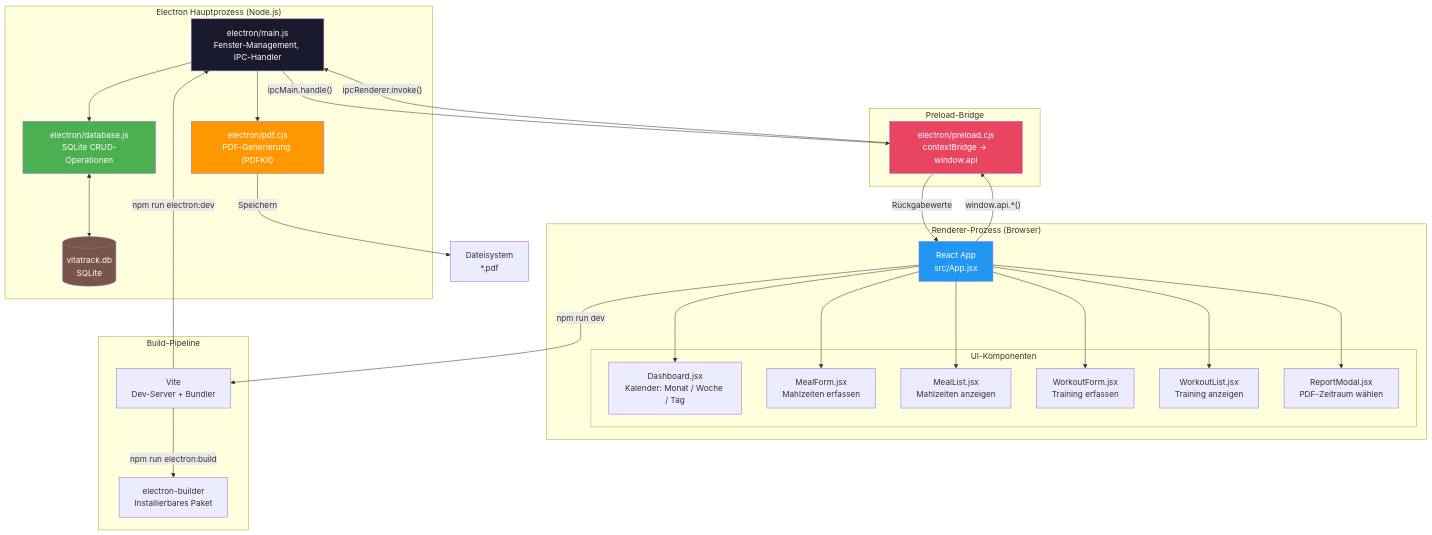
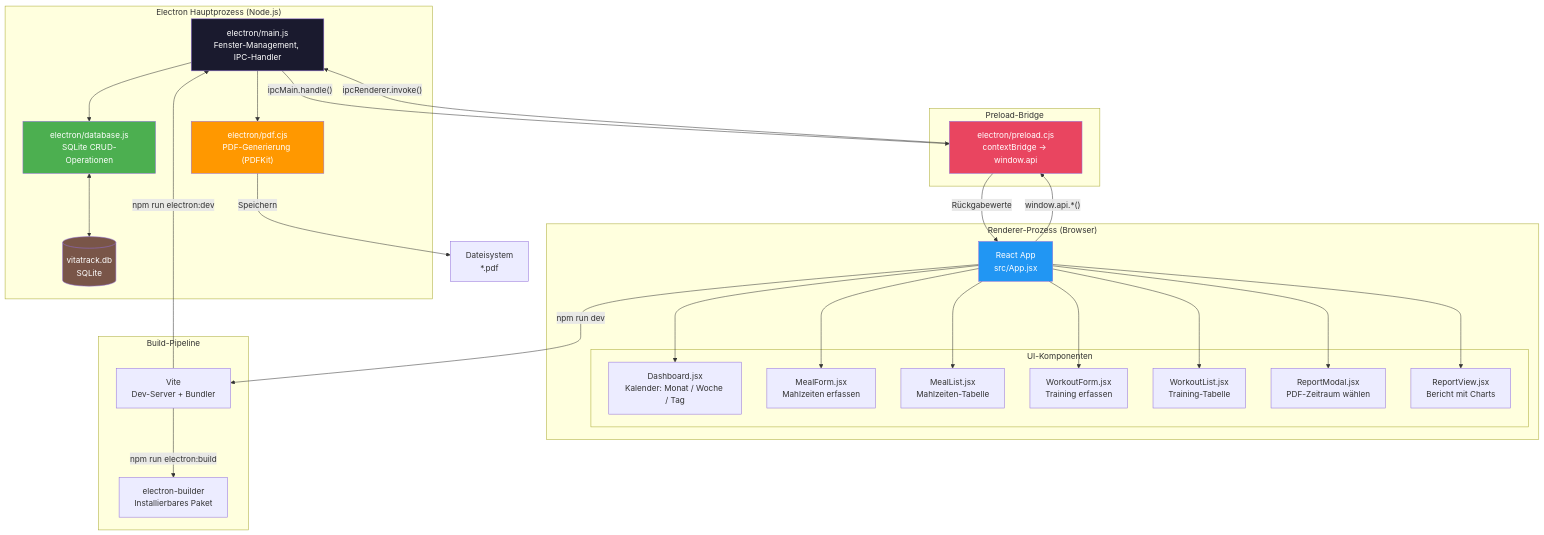
Before and after one commit to zok42/vita-track: the first of 3 diagrams in README.md, drawn with Mermaid. The commit also changed other lines of this file and 11 other files, not shown here.

````diff
--- a/README.md
+++ b/README.md
@@ -18,58 +18,60 @@
 ```mermaid
 graph TB
     subgraph "Electron Hauptprozess (Node.js)"
         MAIN["electron/main.js<br/>Fenster-Management, IPC-Handler"]
         DB["electron/database.js<br/>SQLite CRUD-Operationen"]
         PDF["electron/pdf.cjs<br/>PDF-Generierung (PDFKit)"]
         SQLITE[("vitatrack.db<br/>SQLite")]
     end
 
     subgraph "Preload-Bridge"
         PRELOAD["electron/preload.cjs<br/>contextBridge → window.api"]
     end
 
     subgraph "Renderer-Prozess (Browser)"
         REACT["React App<br/>src/App.jsx"]
         subgraph "UI-Komponenten"
             DASH["Dashboard.jsx<br/>Kalender: Monat / Woche / Tag"]
             MF["MealForm.jsx<br/>Mahlzeiten erfassen"]
-            ML["MealList.jsx<br/>Mahlzeiten anzeigen"]
+            ML["MealList.jsx<br/>Mahlzeiten-Tabelle"]
             WF["WorkoutForm.jsx<br/>Training erfassen"]
-            WL["WorkoutList.jsx<br/>Training anzeigen"]
+            WL["WorkoutList.jsx<br/>Training-Tabelle"]
             RM["ReportModal.jsx<br/>PDF-Zeitraum wählen"]
+            RV["ReportView.jsx<br/>Bericht mit Charts"]
         end
     end
 
     subgraph "Build-Pipeline"
         VITE["Vite<br/>Dev-Server + Bundler"]
         EB["electron-builder<br/>Installierbares Paket"]
     end
 
     REACT --> DASH
     REACT --> MF
     REACT --> ML
     REACT --> WF
     REACT --> WL
     REACT --> RM
+    REACT --> RV
 
     REACT -- "window.api.*()" --> PRELOAD
     PRELOAD -- "ipcRenderer.invoke()" --> MAIN
     MAIN -- "ipcMain.handle()" --> PRELOAD
     PRELOAD -- "Rückgabewerte" --> REACT
 
     MAIN --> DB
     MAIN --> PDF
     DB <--> SQLITE
     PDF -- "Speichern" --> DISK["Dateisystem<br/>*.pdf"]
 
     REACT -- "npm run dev" --> VITE
     VITE -- "npm run electron:dev" --> MAIN
     VITE -- "npm run electron:build" --> EB
 
     style MAIN fill:#1a1a2e,color:#fff
     style PRELOAD fill:#e94560,color:#fff
     style REACT fill:#2196f3,color:#fff
     style DB fill:#4caf50,color:#fff
     style PDF fill:#ff9800,color:#fff
     style SQLITE fill:#795548,color:#fff
 ```
````
